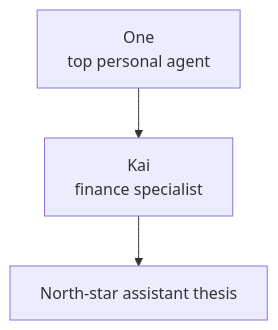
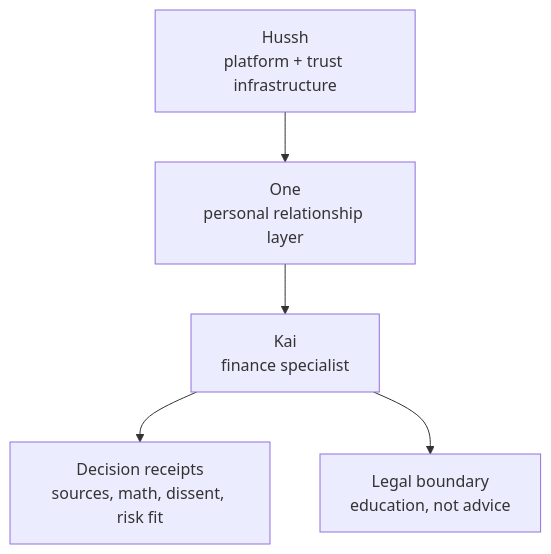
Before and after one commit to hushh-labs/hushh-research: the diagram in docs/vision/kai/README.md, drawn with Mermaid. The commit also changed other lines of this file and 180 other files, not shown here.

````diff
--- a/docs/vision/kai/README.md
+++ b/docs/vision/kai/README.md
@@ -8,8 +7,13 @@
 ```mermaid
 flowchart TD
-  one["One<br/>top personal agent"]
-  root["Kai<br/>finance specialist"]
-  n1["North-star assistant thesis"]
-  one --> root
-  root --> n1
+  hussh["Hussh<br/>platform + trust infrastructure"]
+  one["One<br/>personal relationship layer"]
+  kai["Kai<br/>finance specialist"]
+  receipts["Decision receipts<br/>sources, math, dissent, risk fit"]
+  legal["Legal boundary<br/>education, not advice"]
+
+  hussh --> one
+  one --> kai
+  kai --> receipts
+  kai --> legal
 ```
````
